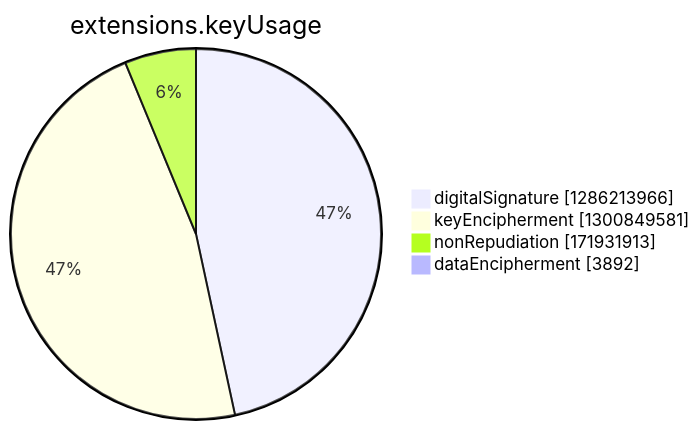
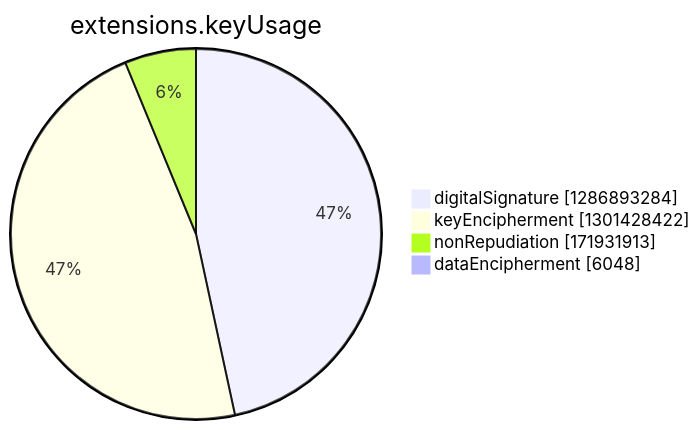
One commit to christiankrug/ctmonitor_visualization changed the seventh of 15 diagrams in argon2022/README.md. Above: the diagram before and after it, drawn with Mermaid. The commit also changed other lines of this file, not shown here.

````diff
--- a/argon2022/README.md
+++ b/argon2022/README.md
@@ -2748,8 +2748,8 @@
 ```mermaid
 pie showData
 title extensions.keyUsage
-"digitalSignature" :1286213966
-"keyEncipherment" :1300849581
+"digitalSignature" :1286893284
+"keyEncipherment" :1301428422
 "nonRepudiation" :171931913
-"dataEncipherment" :3892
+"dataEncipherment" :6048
 ```
````
